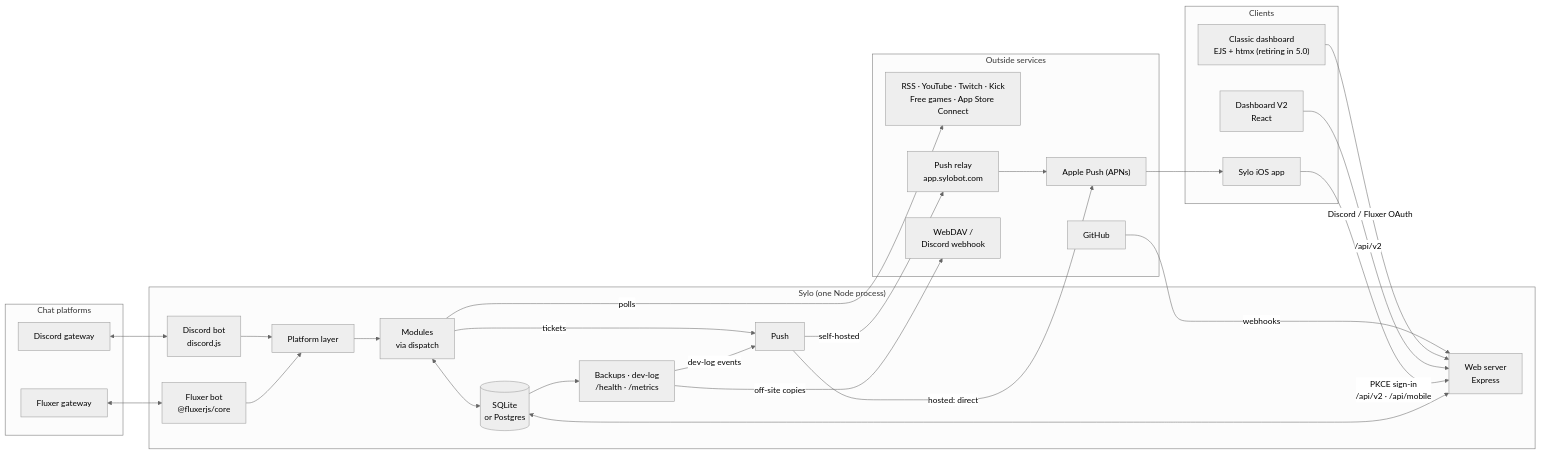
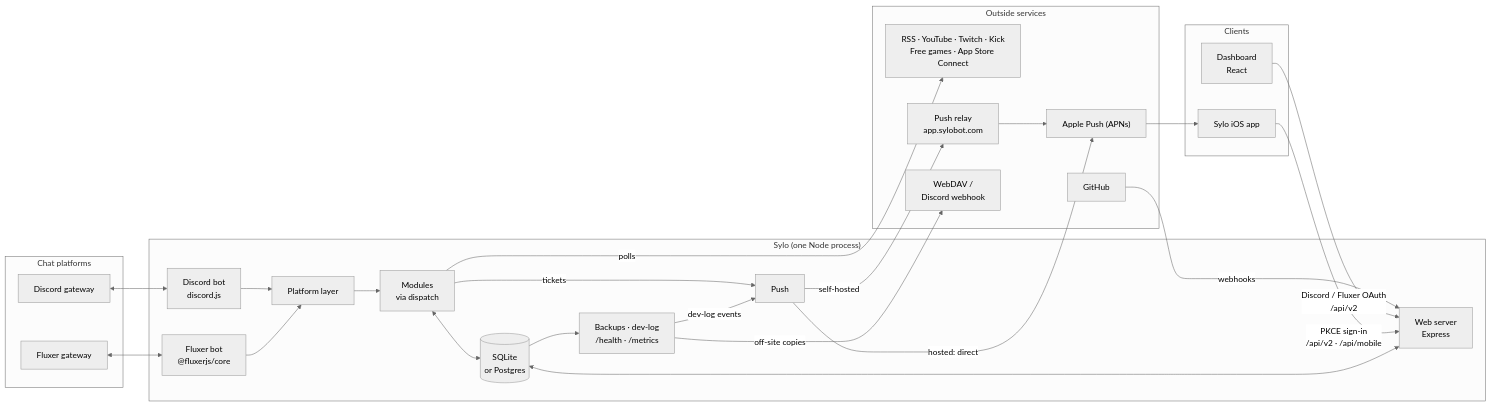
The diagram in README.md (Ferdinand99/Sylo), drawn with Mermaid (neutral theme) before and after one commit. The commit also changed other lines of this file and 664 other files, not shown here.

````diff
--- a/README.md
+++ b/README.md
@@ -76,56 +76,54 @@
 ```mermaid
 flowchart LR
   subgraph platforms["Chat platforms"]
     DG["Discord gateway"]
     FG["Fluxer gateway"]
   end
 
   subgraph sylo["Sylo (one Node process)"]
     DBOT["Discord bot<br/>discord.js"]
     FBOT["Fluxer bot<br/>@fluxerjs/core"]
     PL["Platform layer"]
     MOD["Modules<br/>via dispatch"]
     DATA[("SQLite<br/>or Postgres")]
     WEB["Web server<br/>Express"]
     PUSH["Push"]
     OPS["Backups · dev-log<br/>/health · /metrics"]
   end
 
   subgraph clients["Clients"]
-    V1["Classic dashboard<br/>EJS + htmx (retiring in 5.0)"]
-    V2["Dashboard V2<br/>React"]
+    V2["Dashboard<br/>React"]
     IOS["Sylo iOS app"]
   end
 
   subgraph outside["Outside services"]
     FEEDS["RSS · YouTube · Twitch · Kick<br/>Free games · App Store Connect"]
     GH["GitHub"]
     RELAY["Push relay<br/>app.sylobot.com"]
     APNS["Apple Push (APNs)"]
     OFF["WebDAV /<br/>Discord webhook"]
   end
 
   DG <--> DBOT
   FG <--> FBOT
   DBOT --> PL
   FBOT --> PL
   PL --> MOD
   MOD <--> DATA
   WEB <--> DATA
   MOD -->|polls| FEEDS
   GH -->|webhooks| WEB
 
-  V1 -->|"Discord / Fluxer OAuth"| WEB
-  V2 -->|"/api/v2"| WEB
+  V2 -->|"Discord / Fluxer OAuth<br/>/api/v2"| WEB
   IOS -->|"PKCE sign-in<br/>/api/v2 · /api/mobile"| WEB
 
   MOD -->|tickets| PUSH
   OPS -->|"dev-log events"| PUSH
   PUSH -->|hosted: direct| APNS
   PUSH -->|self-hosted| RELAY
   RELAY --> APNS
   APNS --> IOS
 
   DATA --> OPS
   OPS -->|"off-site copies"| OFF
 ```
````
